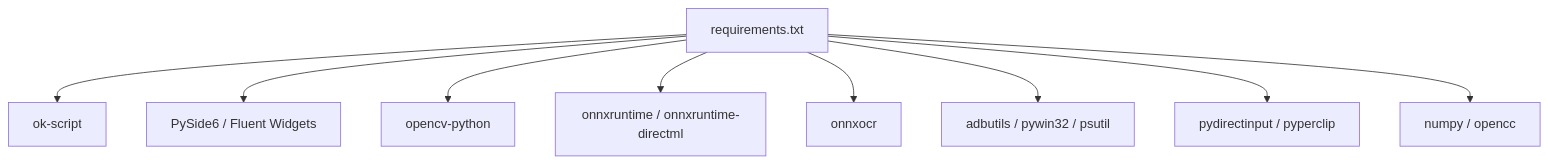
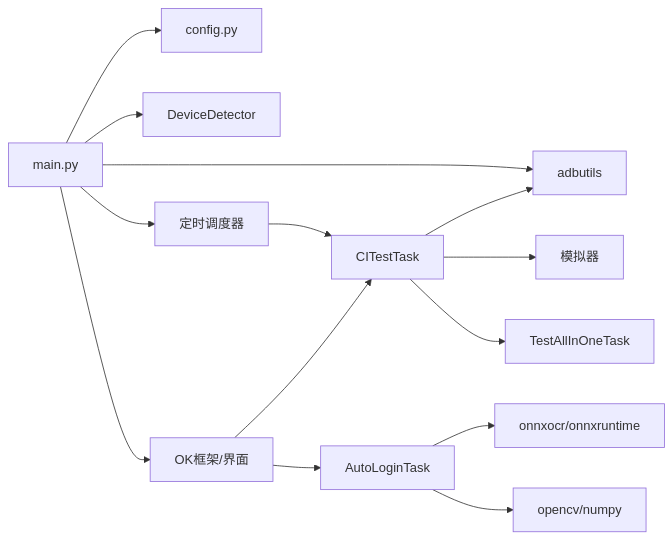
The fifth of 5 diagrams in .qoder/repowiki/zh/content/快速开始.md (xsy098-max/ok-jump), drawn with Mermaid before and after one commit. The commit also changed other lines of this file and 216 other files, not shown here.

````diff
--- a/.qoder/repowiki/zh/content/快速开始.md
+++ b/.qoder/repowiki/zh/content/快速开始.md
@@ -274,11 +237,16 @@
 ```mermaid
-graph TB
-R["requirements.txt"] --> F1["ok-script"]
-R --> F2["PySide6 / Fluent Widgets"]
-R --> CV["opencv-python"]
-R --> ORT["onnxruntime / onnxruntime-directml"]
-R --> OCR["onnxocr"]
-R --> SYS["adbutils / pywin32 / psutil"]
-R --> INPUT["pydirectinput / pyperclip"]
-R --> MATH["numpy / opencc"]
+graph LR
+MAIN["main.py"] --> CFG["config.py"]
+MAIN --> DEV["DeviceDetector"]
+MAIN --> ADB["adbutils"]
+MAIN --> GUI["OK框架/界面"]
+MAIN --> SCH["定时调度器"]
+SCH --> T1["CITestTask"]
+T1 --> ADB
+T1 --> LD["模拟器"]
+T1 --> TR["TestAllInOneTask"]
+GUI --> T1
+GUI --> T2["AutoLoginTask"]
+T2 --> OCR["onnxocr/onnxruntime"]
+T2 --> CV["opencv/numpy"]
 ```
````
